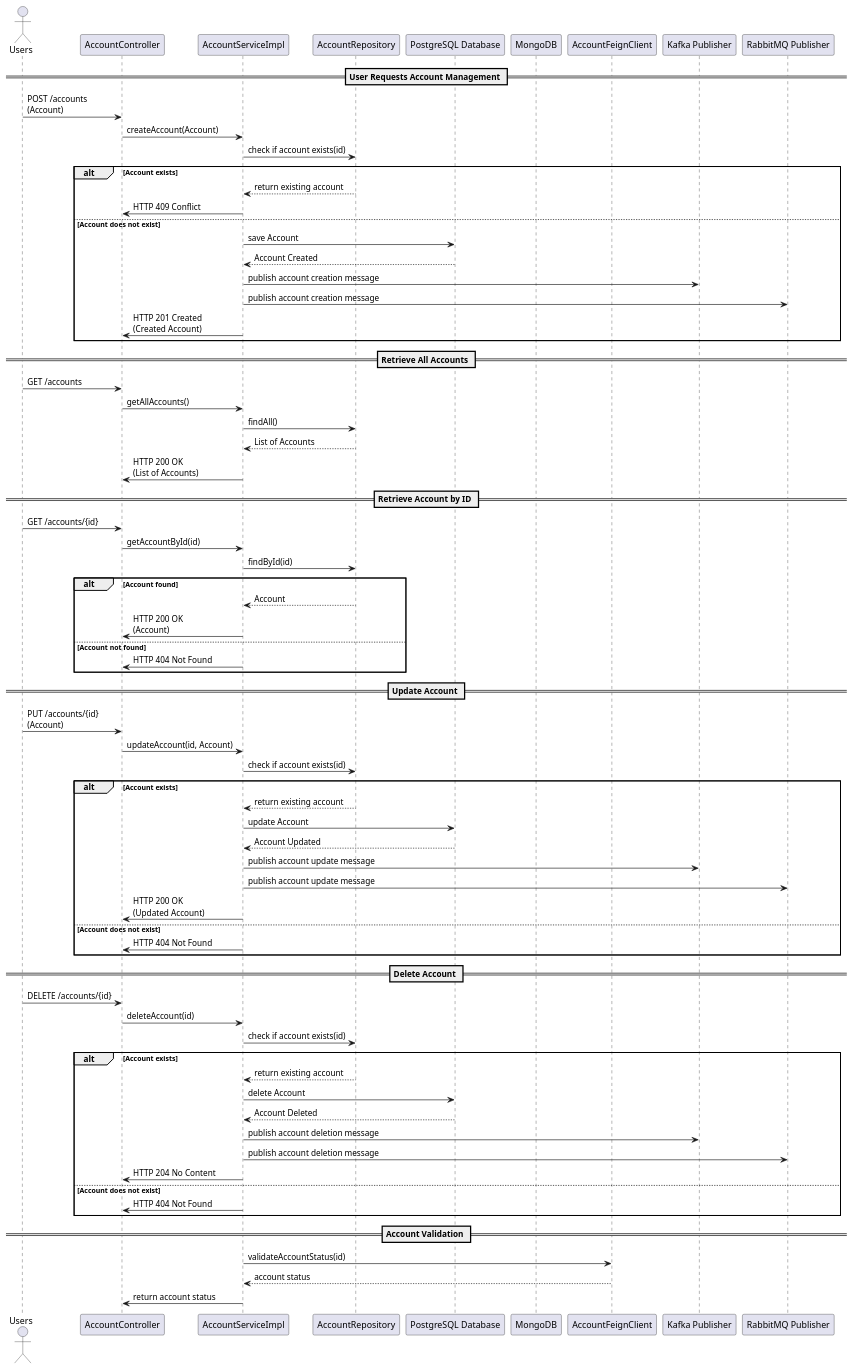
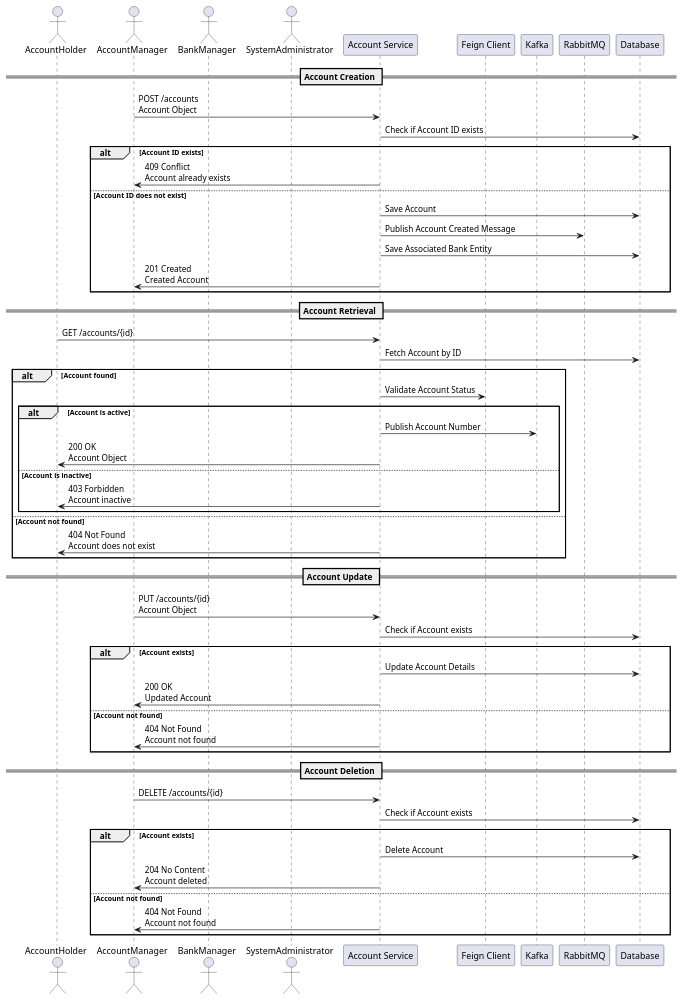
One commit to Bhaskar-Pavan/AccountService changed the diagram in design_document/AccountService.md. Above: the diagram before and after it, drawn with PlantUML. The commit also changed other lines of this file, not shown here.

````diff
--- a/design_document/AccountService.md
+++ b/design_document/AccountService.md
@@ -35,82 +37,61 @@
 ```plantuml
 @startuml
-actor Users as User
-participant "AccountController" as Controller
-participant "AccountServiceImpl" as Service
-participant "AccountRepository" as Repo
-participant "PostgreSQL Database" as PostgreSQL
-participant "MongoDB" as MongoDB
-participant "AccountFeignClient" as FeignClient
-participant "Kafka Publisher" as Kafka
-participant "RabbitMQ Publisher" as RabbitMQ
+actor AccountHolder
+actor AccountManager
+actor BankManager
+actor SystemAdministrator
+participant "Account Service" as AccountService
+participant "Feign Client" as FeignClient
+participant "Kafka" as Kafka
+participant "RabbitMQ" as RabbitMQ
+participant "Database" as Database
 
-== User Requests Account Management ==
-User -> Controller : POST /accounts\n(Account)
-Controller -> Service : createAccount(Account)
-Service -> Repo : check if account exists(id)
-alt Account exists
-    Repo --> Service : return existing account
-    Service -> Controller : HTTP 409 Conflict
-else Account does not exist
-    Service -> PostgreSQL : save Account
-    PostgreSQL --> Service : Account Created
-    Service -> Kafka : publish account creation message
-    Service -> RabbitMQ : publish account creation message
-    Service -> Controller : HTTP 201 Created\n(Created Account)
+== Account Creation ==
+AccountManager -> AccountService: POST /accounts\nAccount Object
+AccountService -> Database: Check if Account ID exists
+alt Account ID exists
+    AccountService -> AccountManager: 409 Conflict\nAccount already exists
+else Account ID does not exist
+    AccountService -> Database: Save Account
+    AccountService -> RabbitMQ: Publish Account Created Message
+    AccountService -> Database: Save Associated Bank Entity
+    AccountService -> AccountManager: 201 Created\nCreated Account
 end
 
-== Retrieve All Accounts ==
-User -> Controller : GET /accounts
-Controller -> Service : getAllAccounts()
-Service -> Repo : findAll()
-Repo --> Service : List of Accounts
-Service -> Controller : HTTP 200 OK\n(List of Accounts)
-
-== Retrieve Account by ID ==
-User -> Controller : GET /accounts/{id}
-Controller -> Service : getAccountById(id)
-Service -> Repo : findById(id)
+== Account Retrieval ==
+AccountHolder -> AccountService: GET /accounts/{id}
+AccountService -> Database: Fetch Account by ID
 alt Account found
-    Repo --> Service : Account
-    Service -> Controller : HTTP 200 OK\n(Account)
+    AccountService -> FeignClient: Validate Account Status
+    alt Account is active
+        AccountService -> Kafka: Publish Account Number
+        AccountService -> AccountHolder: 200 OK\nAccount Object
+    else Account is inactive
+        AccountService -> AccountHolder: 403 Forbidden\nAccount inactive
+    end
 else Account not found
-    Service -> Controller : HTTP 404 Not Found
+    AccountService -> AccountHolder: 404 Not Found\nAccount does not exist
 end
 
-== Update Account ==
-User -> Controller : PUT /accounts/{id}\n(Account)
-Controller -> Service : updateAccount(id, Account)
-Service -> Repo : check if account exists(id)
+== Account Update ==
+AccountManager -> AccountService: PUT /accounts/{id}\nAccount Object
+AccountService -> Database: Check if Account exists
 alt Account exists
-    Repo --> Service : return existing account
-    Service -> PostgreSQL : update Account
-    PostgreSQL --> Service : Account Updated
-    Service -> Kafka : publish account update message
-    Service -> RabbitMQ : publish account update message
-    Service -> Controller : HTTP 200 OK\n(Updated Account)
-else Account does not exist
-    Service -> Controller : HTTP 404 Not Found
+    AccountService -> Database: Update Account Details
+    AccountService -> AccountManager: 200 OK\nUpdated Account
+else Account not found
+    AccountService -> AccountManager: 404 Not Found\nAccount not found
 end
 
-== Delete Account ==
-User -> Controller : DELETE /accounts/{id}
-Controller -> Service : deleteAccount(id)
-Service -> Repo : check if account exists(id)
+== Account Deletion ==
+AccountManager -> AccountService: DELETE /accounts/{id}
+AccountService -> Database: Check if Account exists
 alt Account exists
-    Repo --> Service : return existing account
-    Service -> PostgreSQL : delete Account
-    PostgreSQL --> Service : Account Deleted
-    Service -> Kafka : publish account deletion message
-    Service -> RabbitMQ : publish account deletion message
-    Service -> Controller : HTTP 204 No Content
-else Account does not exist
-    Service -> Controller : HTTP 404 Not Found
+    AccountService -> Database: Delete Account
+    AccountService -> AccountManager: 204 No Content\nAccount deleted
+else Account not found
+    AccountService -> AccountManager: 404 Not Found\nAccount not found
 end
-
-== Account Validation ==
-Service -> FeignClient : validateAccountStatus(id)
-FeignClient --> Service : account status
-Service -> Controller : return account status
 
 @enduml
 ```
````
